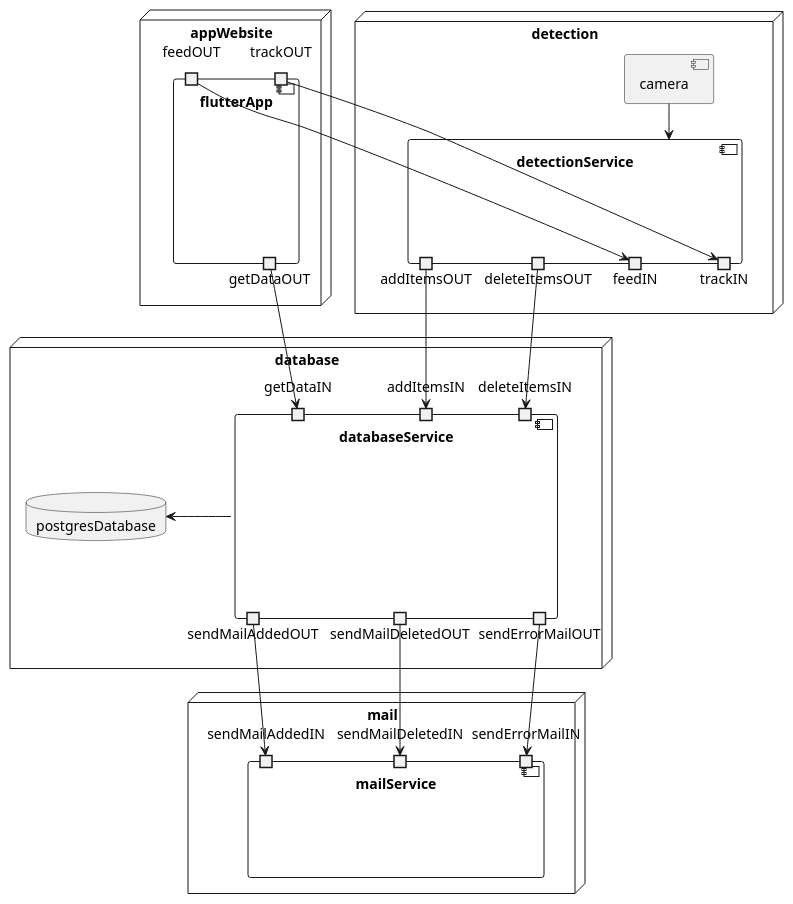
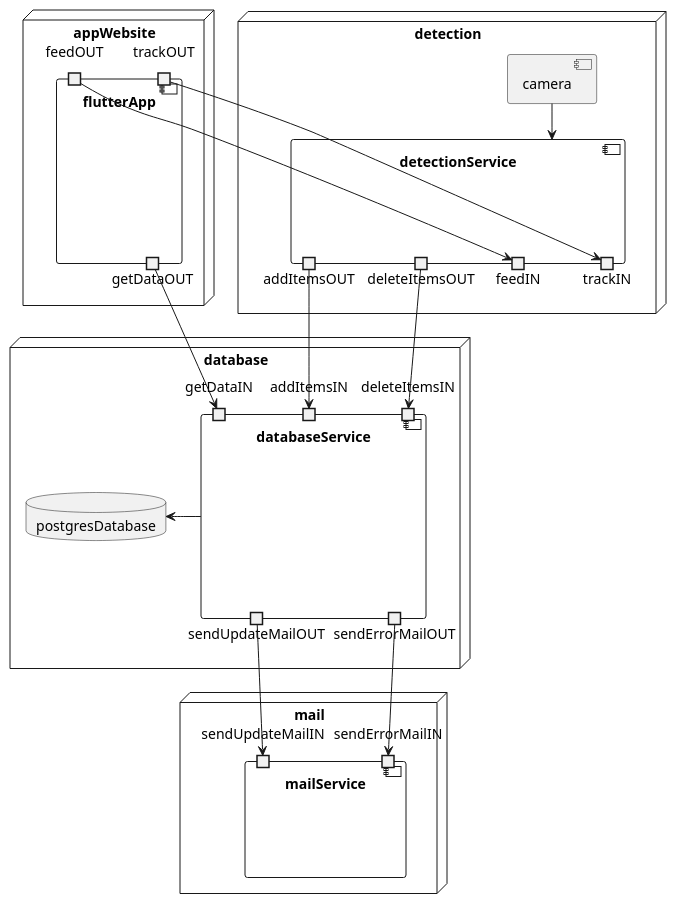
One commit to Marcey1611/stock-tracker-project-sysad-ws2425 changed the diagram in doc/documentation/componentsDiagramm.puml. Above: the diagram before and after it, drawn with PlantUML.

Commit message:
SYSAD-77: Updated project components diagram.

```diff
--- a/doc/documentation/componentsDiagramm.puml
+++ b/doc/documentation/componentsDiagramm.puml
@@ -1,56 +1,53 @@
 @startuml
 
 node detection {
     component camera
     component detectionService {
         portout addItemsOUT
         portout deleteItemsOUT
         portout feedIN
         portout trackIN
     }
 }
 node database {
     database postgresDatabase
     component databaseService{
         portin addItemsIN
         portin deleteItemsIN
 
         portin getDataIN
 
-        portout sendMailAddedOUT
-        portout sendMailDeletedOUT
+        portout sendUpdateMailOUT
         portout sendErrorMailOUT
     }
 }
 node mail {
     component mailService{
-        portin sendMailAddedIN
-        portin sendMailDeletedIN
+        portin sendUpdateMailIN
         portin sendErrorMailIN
     }
 }
 node appWebsite {
     component flutterApp {
         portout getDataOUT
         portin feedOUT
         portin trackOUT
     }
 }
 
 camera -down-> detectionService
 
 addItemsOUT -down-> addItemsIN
 deleteItemsOUT -down-> deleteItemsIN
 
 getDataOUT -down-> getDataIN
 
 feedOUT -right-> feedIN
 trackOUT -right-> trackIN
 
-sendMailAddedOUT -down-> sendMailAddedIN 
-sendMailDeletedOUT -down-> sendMailDeletedIN
+sendUpdateMailOUT -down-> sendUpdateMailIN
 sendErrorMailOUT -down-> sendErrorMailIN
 
 databaseService -left-> postgresDatabase
 
 @enduml
```
